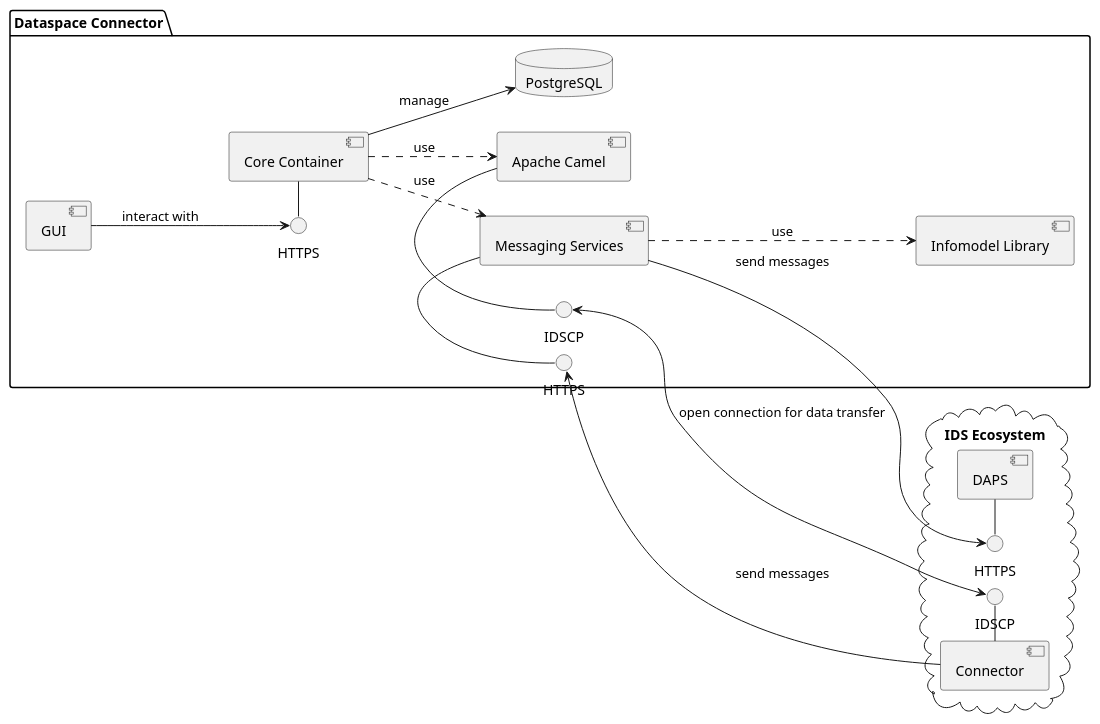
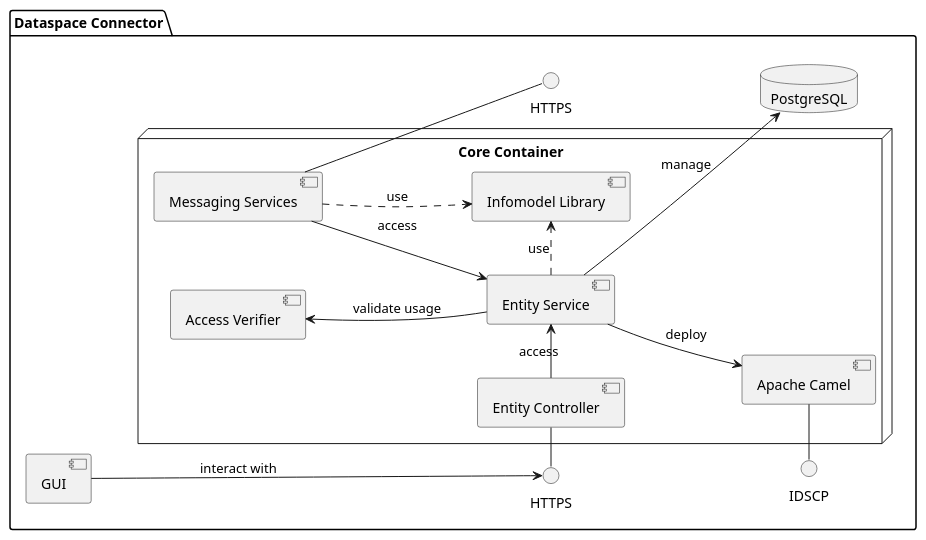
Before and after one commit to FraunhoferISST/DataspaceConnector: the diagram in docs/assets/files/uml/component_diagram.puml, drawn with PlantUML. The commit also changed 1 other file, not shown here.

```diff
--- a/docs/assets/files/uml/component_diagram.puml
+++ b/docs/assets/files/uml/component_diagram.puml
@@ -1,38 +1,31 @@
 @startuml
 left to right direction
 
 package "Dataspace Connector" {
-    () "HTTPS" as i3
-    () "HTTPS" as i4
-    () "IDSCP" as i5
-    i4 - [Core Container]
+        () "IDSCP" as i5
+        () "HTTPS" as i3
+        () "HTTPS" as i4
 
-    [GUI] --> i4: interact with
+        database "PostgreSQL"
 
-    database "PostgreSQL"
-    [Core Container] --> PostgreSQL: manage
+        node "Core Container" as core {
+            [Entity Service] --> PostgreSQL: manage
 
-    i3 - [Messaging Services]
-    [Core Container] ..> [Messaging Services]: use
-    [Messaging Services] ..> [Infomodel Library]: use
+            [Access Verifier] <-- [Entity Service]: validate usage
+            [Entity Controller] -> [Entity Service]: access
 
-    [Core Container] ..> [Apache Camel]: use
-    i5 - [Apache Camel]
-}
+            [Messaging Services] -- i3
+            [Messaging Services] ..> [Infomodel Library]: use
+            [Entity Service] .> [Infomodel Library]: use
 
-cloud "IDS Ecosystem" {
+            [Messaging Services] --> [Entity Service]: access
+            [Entity Controller] - i4
 
-    () "IDSCP" as i7
+            [Apache Camel] - i5
+            [Entity Service] --> [Apache Camel]: deploy
+        }
 
-    i7 - [Connector]
-
-    () "HTTPS" as i1
-    i1 - [DAPS]
-
-}
-
-[Messaging Services] --> i1: send messages
-i5 <--> i7: open connection for data transfer
-[Connector] --> i3: send messages
+        [GUI] ---> i4: interact with
+    }
 
 @enduml
```
